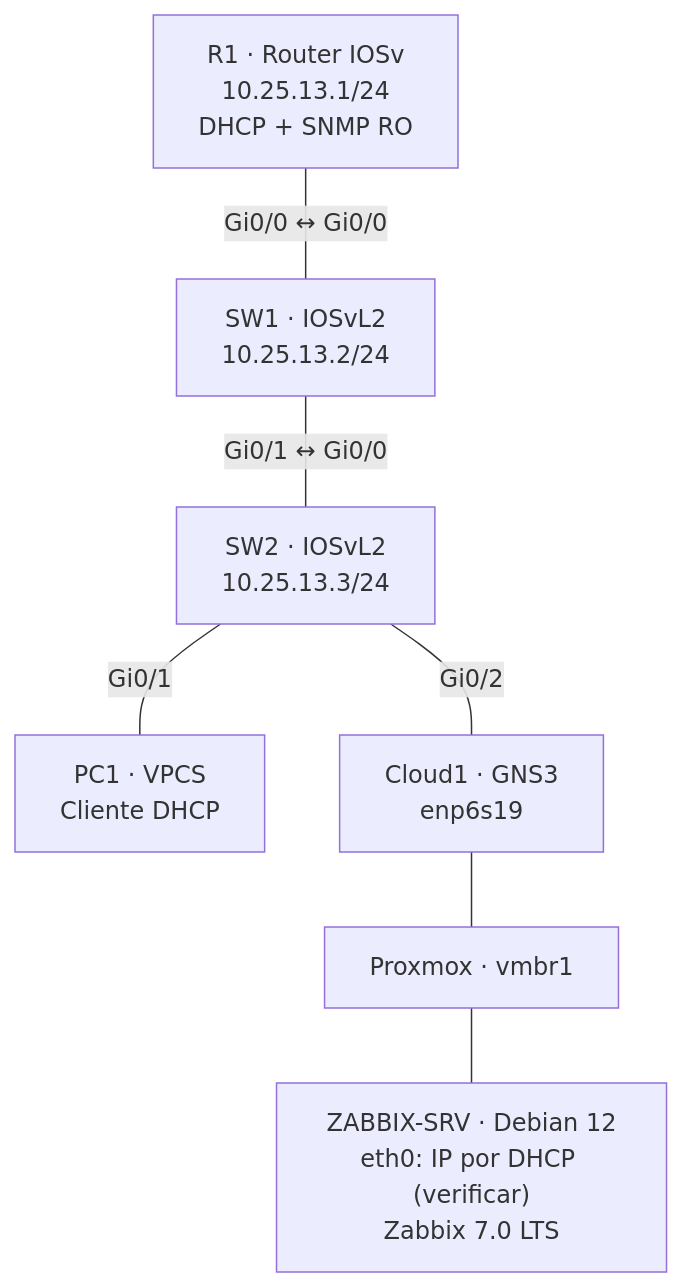
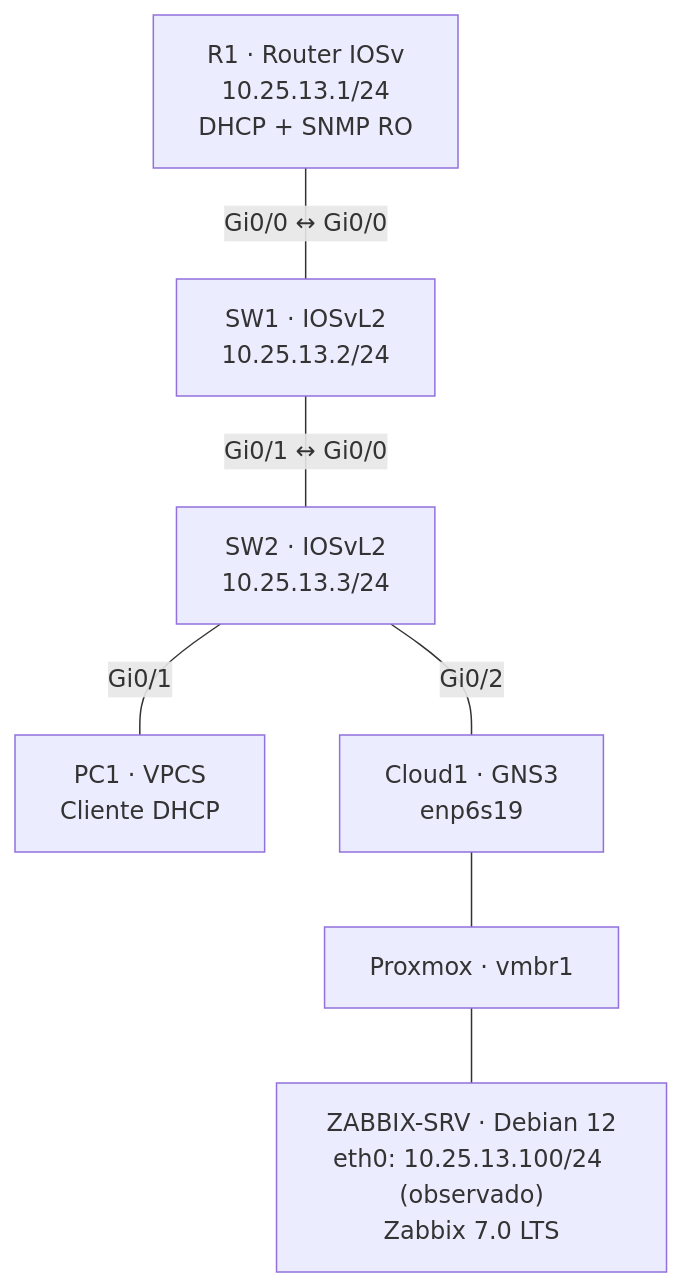
The diagram in README.md (ElianSterling/ITLA-Network-Monitoring-Zabbix-SNMP), drawn with Mermaid before and after one commit. The commit also changed other lines of this file, not shown here.

Commit message:
docs: confirmar IP Zabbix y concesión DHCP PC1 sin conflicto actual

````diff
--- a/README.md
+++ b/README.md
@@ -52,16 +52,16 @@
 ```mermaid
 flowchart TB
   R1["R1 · Router IOSv<br/>10.25.13.1/24<br/>DHCP + SNMP RO"]
   SW1["SW1 · IOSvL2<br/>10.25.13.2/24"]
   SW2["SW2 · IOSvL2<br/>10.25.13.3/24"]
   PC1["PC1 · VPCS<br/>Cliente DHCP"]
   CLOUD["Cloud1 · GNS3<br/>enp6s19"]
   BRIDGE["Proxmox · vmbr1"]
-  ZBX["ZABBIX-SRV · Debian 12<br/>eth0: IP por DHCP (verificar)<br/>Zabbix 7.0 LTS"]
+  ZBX["ZABBIX-SRV · Debian 12<br/>eth0: 10.25.13.100/24 (observado)<br/>Zabbix 7.0 LTS"]
   R1 ---|"Gi0/0 ↔ Gi0/0"| SW1
   SW1 ---|"Gi0/1 ↔ Gi0/0"| SW2
   SW2 ---|"Gi0/1"| PC1
   SW2 ---|"Gi0/2"| CLOUD
   CLOUD --- BRIDGE
   BRIDGE --- ZBX
 ```
````
